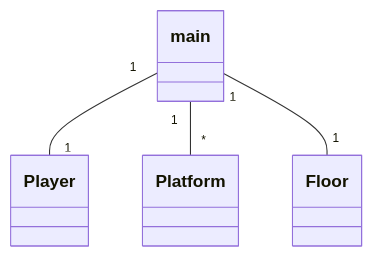
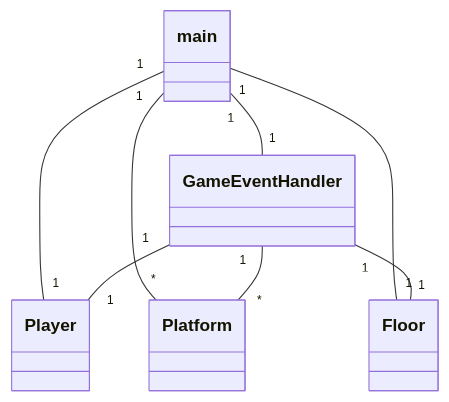
The diagram in dokumentaatio/arkkitehtuuri.md (lapatinn/ot-harjoitustyo), drawn with Mermaid before and after one commit.

Commit message:
Add GameEventHandler relationships to architecture diagram

````diff
--- a/dokumentaatio/arkkitehtuuri.md
+++ b/dokumentaatio/arkkitehtuuri.md
@@ -1,6 +1,11 @@
 ```mermaid
  classDiagram
     main "1" -- "1" Player
     main "1" -- "*" Platform
     main "1" -- "1" Floor
+    main "1" -- "1" GameEventHandler
+    GameEventHandler "1" -- "1" Player
+    GameEventHandler "1" -- "*" Platform
+    GameEventHandler "1" -- "1" Floor
+    
 ```
````
